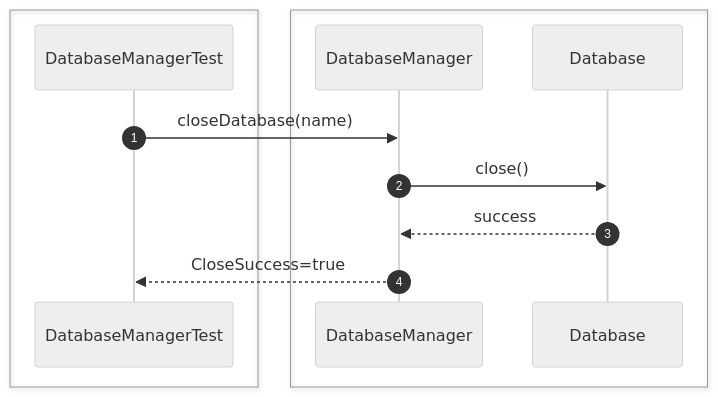
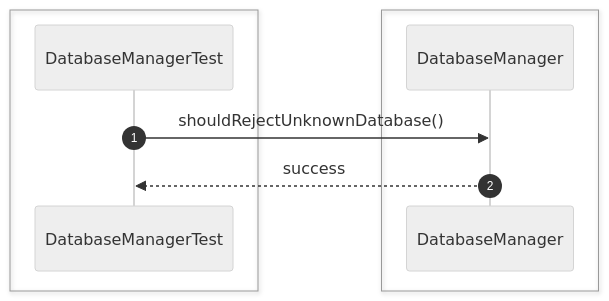
Diagram 15 of 44 in src/sequence/db-server.md (Huy1801214/dbms-architecture), drawn with Mermaid (neutral theme) before and after one commit. The commit also changed other lines of this file and 68 other files, not shown here.

Commit message:
implement comprehensive unit test suite and architectural sequence documentation

````diff
--- a/src/sequence/db-server.md
+++ b/src/sequence/db-server.md
@@ -270,17 +218,13 @@
 ```mermaid
 sequenceDiagram
     autonumber
-
     box #e1f5fe Test Suite
     participant Test as DatabaseManagerTest
     end
-    box #e3f2fd Server Managers
-    participant Manager as DatabaseManager
-    participant Database as Database
+    box #e3f2fd DatabaseManager Component
+    participant DM as DatabaseManager
     end
 
-    Test->>Manager: closeDatabase(name)
-    Manager->>Database: close()
-    Database-->>Manager: success
-    Manager-->>Test: CloseSuccess=true
+    Test->>DM: shouldRejectUnknownDatabase()
+    DM-->>Test: success
 ```
````
